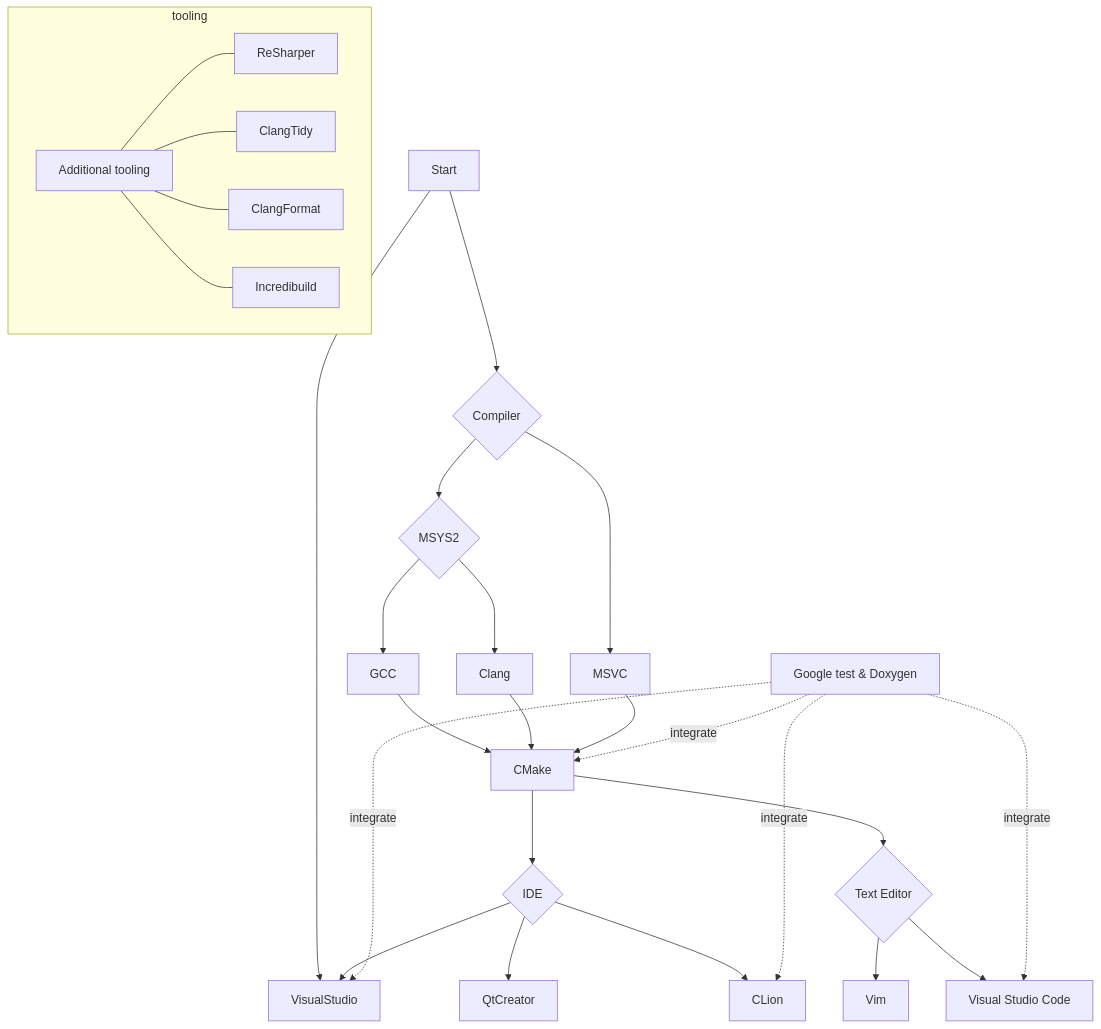
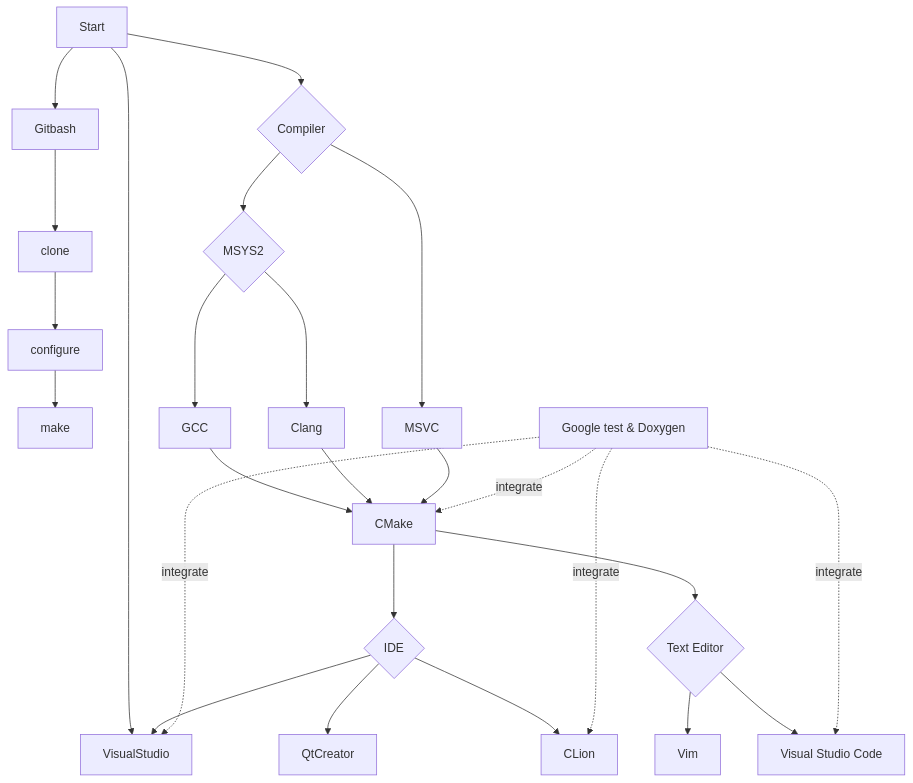
The diagram in README.md (Mr-Tome/cpp-config-ini), drawn with Mermaid before and after one commit.

Commit message:
made some additional modifications to the readme

````diff
--- a/README.md
+++ b/README.md
@@ -6,35 +6,32 @@
 ```mermaid
 flowchart TD
-    A[Start]
+A[Start]
+A-->Gitbash
+Gitbash-->clone
+clone-->configure-->make
     A-->Compiler{Compiler}
     A-->VisualStudio
     Compiler-->MSYS2{MSYS2}
     MSYS2--->GCC
     MSYS2--->Clang
     Compiler-->MSVC
 
     GCC-->CMake
     Clang-->CMake
     MSVC-->CMake
 
     CMake-->IDE{IDE}
     IDE-->VisualStudio
     IDE-->QtCreator
     IDE-->CLion
 
     CMake-->Editor{Text Editor}
     Editor-->Vim
     Editor-->VSCode[Visual Studio Code]
     
     GTest[Google test & Doxygen]-. integrate .->VisualStudio
     GTest[Google test & Doxygen]-. integrate .->VSCode
     GTest[Google test & Doxygen]-. integrate .->CLion
     GTest[Google test & Doxygen]-. integrate .->CMake
 
-    subgraph tooling
-    Additional[Additional tooling]---ReSharper
-    Additional---ClangTidy
-    Additional---ClangFormat
-    Additional---Incredibuild
-    end
 ```
````
